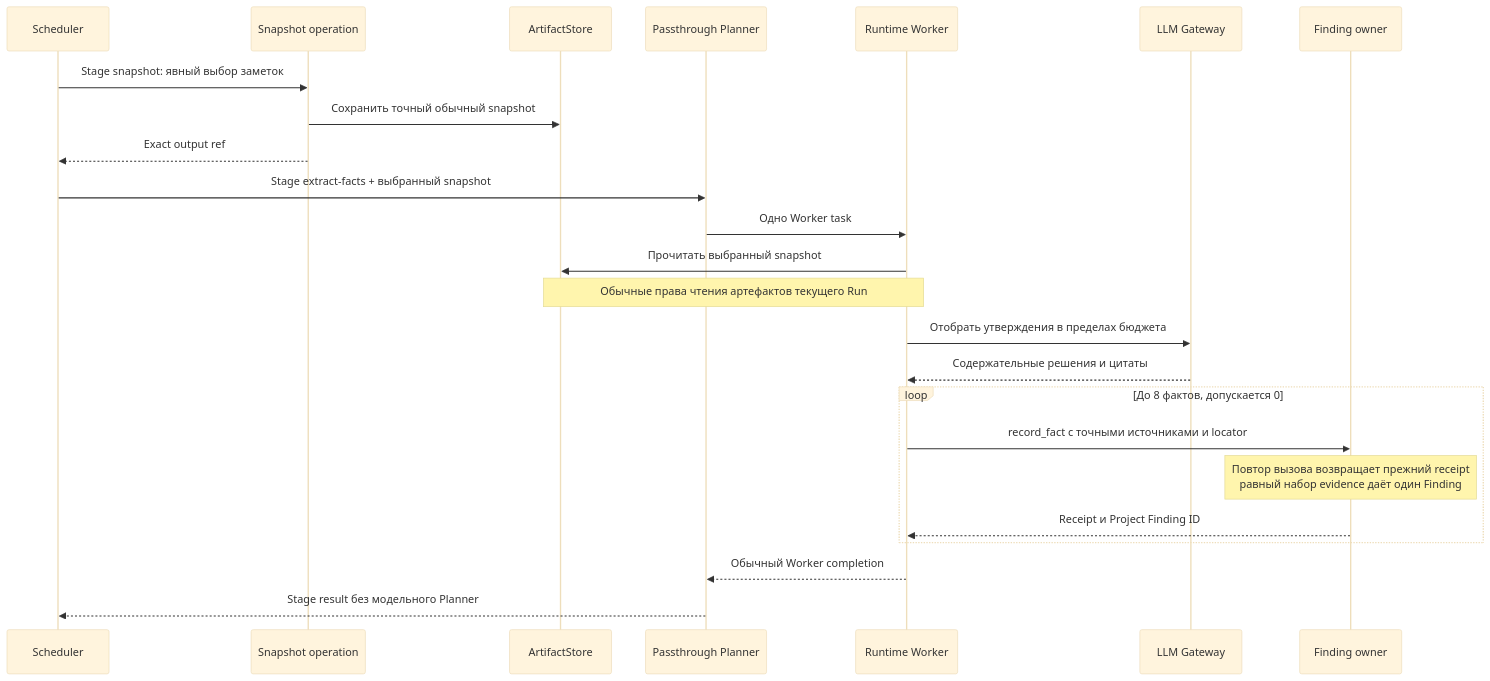
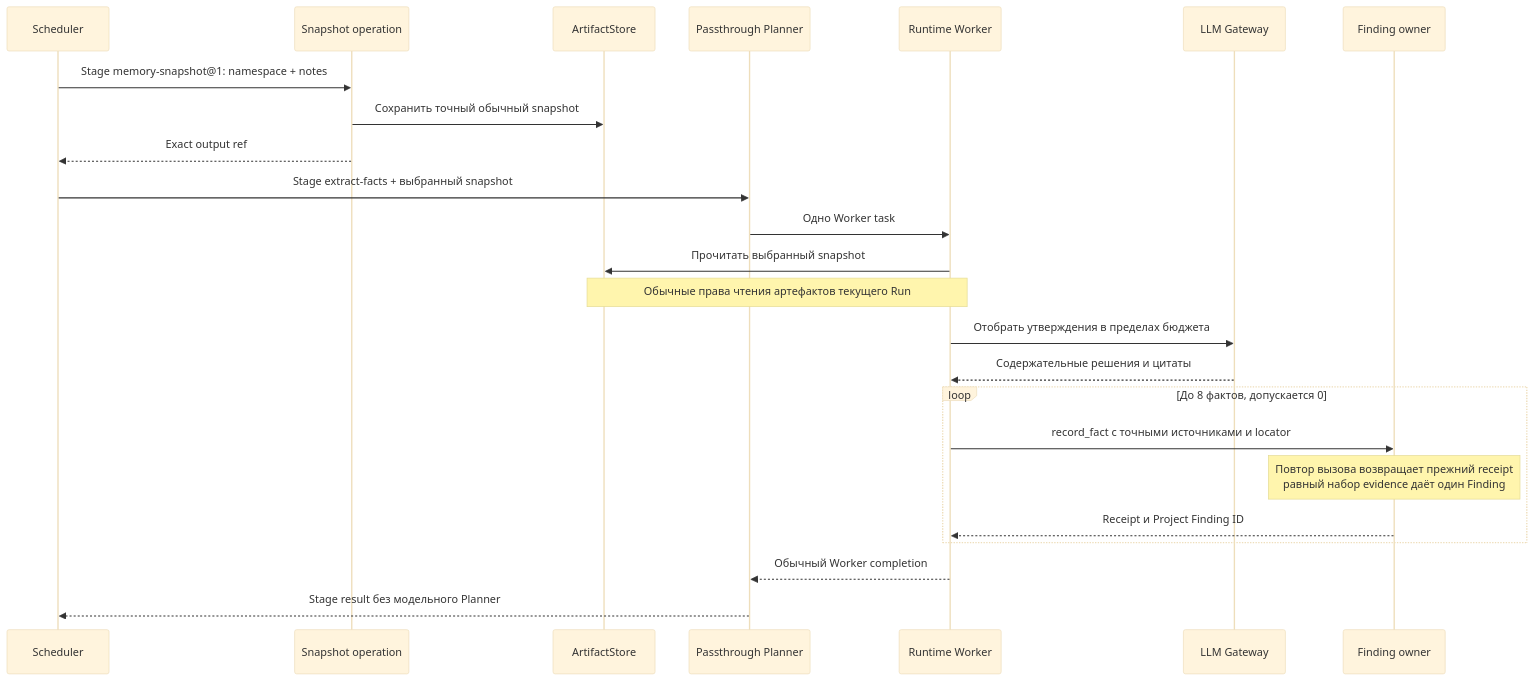
One commit to grauwolf32/contractor changed the fourth of 6 diagrams in docs/proposals/0055-project-facts-through-findings.md. Above: the diagram before and after it, drawn with Mermaid (base theme). The commit also changed other lines of this file and 42 other files, not shown here.

Commit message:
feat(memory): export selected notes through a model-free Stage

````diff
--- a/docs/proposals/0055-project-facts-through-findings.md
+++ b/docs/proposals/0055-project-facts-through-findings.md
@@ -182,26 +187,26 @@
 ```mermaid
 sequenceDiagram
     participant S as Scheduler
     participant O as Snapshot operation
     participant A as ArtifactStore
     participant P as Passthrough Planner
     participant W as Runtime Worker
     participant L as LLM Gateway
     participant F as Finding owner
-    S->>O: Stage snapshot: явный выбор заметок
+    S->>O: Stage memory-snapshot@1: namespace + notes
     O->>A: Сохранить точный обычный snapshot
     O-->>S: Exact output ref
     S->>P: Stage extract-facts + выбранный snapshot
     P->>W: Одно Worker task
     W->>A: Прочитать выбранный snapshot
     Note over W,A: Обычные права чтения артефактов текущего Run
     W->>L: Отобрать утверждения в пределах бюджета
     L-->>W: Содержательные решения и цитаты
     loop До 8 фактов, допускается 0
         W->>F: record_fact с точными источниками и locator
         Note over F: Повтор вызова возвращает прежний receipt<br/>равный набор evidence даёт один Finding
         F-->>W: Receipt и Project Finding ID
     end
     W-->>P: Обычный Worker completion
     P-->>S: Stage result без модельного Planner
 ```
````
